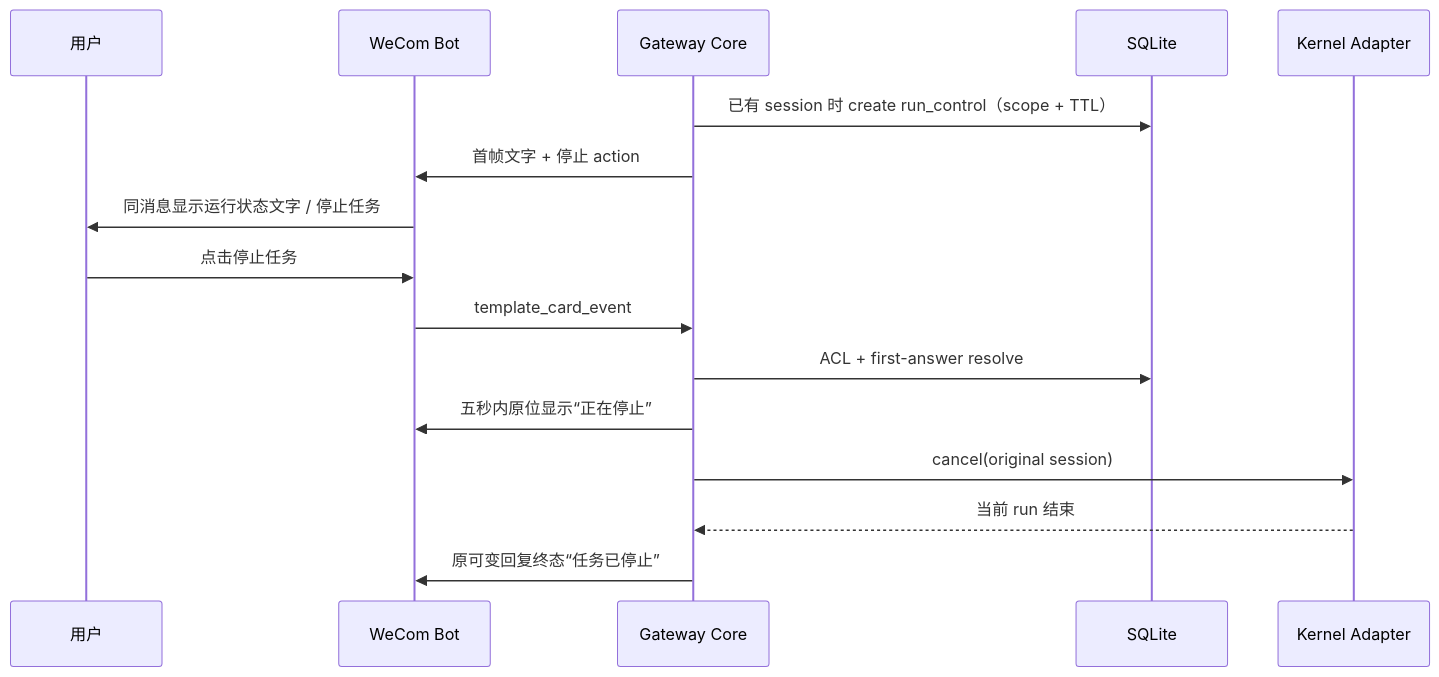
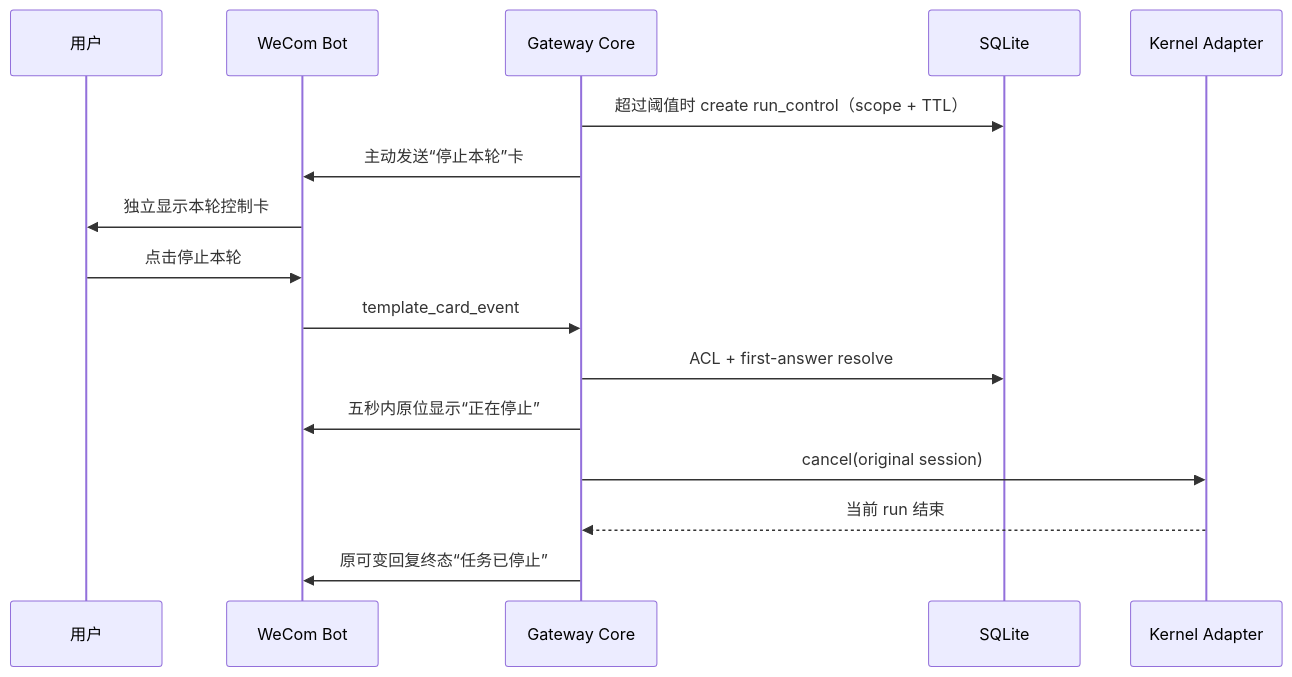
One commit to fyaic/wecom-agent-gateway changed the fifth of 6 diagrams in docs/interaction-cards.md. Above: the diagram before and after it, drawn with Mermaid. The commit also changed other lines of this file and 14 other files, not shown here.

Commit message:
fix: use real-client run control path (#26)

````diff
--- a/docs/interaction-cards.md
+++ b/docs/interaction-cards.md
@@ -397,19 +397,19 @@
 ```mermaid
 sequenceDiagram
     participant U as 用户
     participant W as WeCom Bot
     participant G as Gateway Core
     participant S as SQLite
     participant A as Kernel Adapter
 
-    G->>S: 已有 session 时 create run_control（scope + TTL）
-    G->>W: 首帧文字 + 停止 action
-    W->>U: 同消息显示运行状态文字 / 停止任务
-    U->>W: 点击停止任务
+    G->>S: 超过阈值时 create run_control（scope + TTL）
+    G->>W: 主动发送“停止本轮”卡
+    W->>U: 独立显示本轮控制卡
+    U->>W: 点击停止本轮
     W->>G: template_card_event
     G->>S: ACL + first-answer resolve
     G->>W: 五秒内原位显示“正在停止”
     G->>A: cancel(original session)
     A-->>G: 当前 run 结束
     G->>W: 原可变回复终态“任务已停止”
 ```
````
